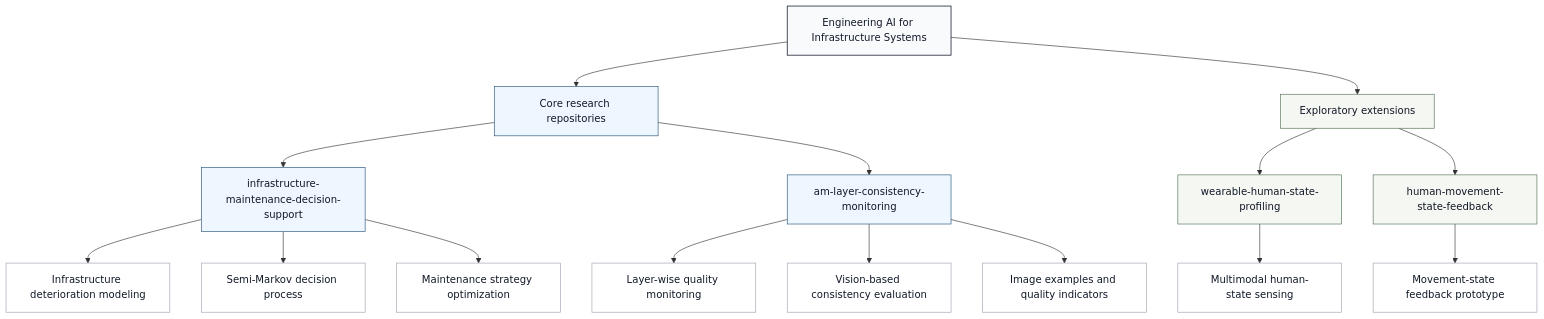
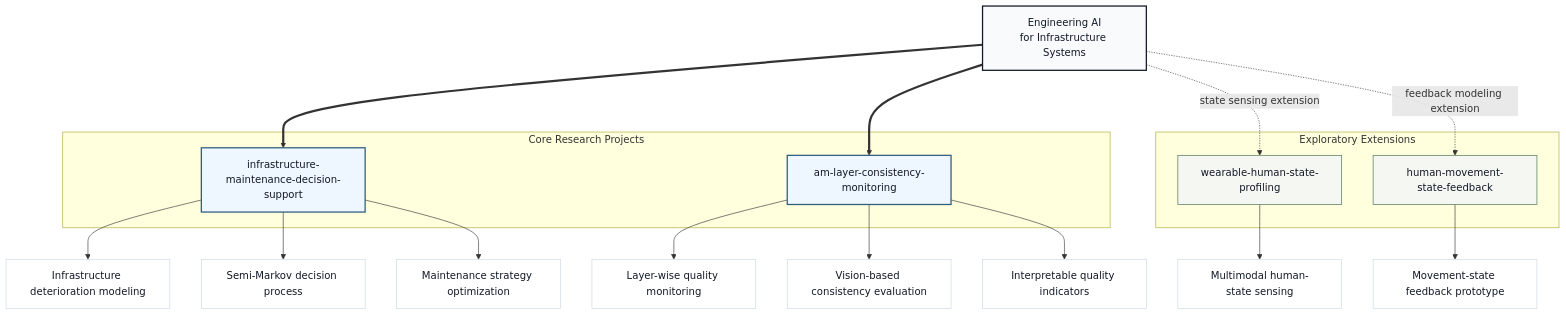
Before and after one commit to liujiaresearcher-hash/liujiaresearcher-hash: the second of 2 diagrams in README.md, drawn with Mermaid. The commit also changed other lines of this file, not shown here.

Commit message:
Polish GitHub profile for PhD research presentation

````diff
--- a/README.md
+++ b/README.md
@@ -52,42 +79,40 @@
 ```mermaid
-flowchart TD
-    Theme["Engineering AI for Infrastructure Systems"]
+flowchart TB
+    Theme["Engineering AI<br/>for Infrastructure Systems"]
 
-    Core["Core research repositories"]
-    Exploratory["Exploratory extensions"]
+    subgraph Core["Core Research Projects"]
+        IMDS["infrastructure-maintenance-decision-support"]
+        AM["am-layer-consistency-monitoring"]
+    end
 
-    IMDS["infrastructure-maintenance-decision-support"]
-    AM["am-layer-consistency-monitoring"]
-    WHSP["wearable-human-state-profiling"]
-    HMSF["human-movement-state-feedback"]
+    subgraph Extension["Exploratory Extensions"]
+        WHSP["wearable-human-state-profiling"]
+        HMSF["human-movement-state-feedback"]
+    end
 
-    Theme --> Core
-    Theme --> Exploratory
-
-    Core --> IMDS
-    Core --> AM
-
-    Exploratory --> WHSP
-    Exploratory --> HMSF
+    Theme ==> IMDS
+    Theme ==> AM
+    Theme -. "state sensing extension" .-> WHSP
+    Theme -. "feedback modeling extension" .-> HMSF
 
     IMDS --> I1["Infrastructure deterioration modeling"]
     IMDS --> I2["Semi-Markov decision process"]
     IMDS --> I3["Maintenance strategy optimization"]
 
     AM --> A1["Layer-wise quality monitoring"]
     AM --> A2["Vision-based consistency evaluation"]
-    AM --> A3["Image examples and quality indicators"]
+    AM --> A3["Interpretable quality indicators"]
 
     WHSP --> W1["Multimodal human-state sensing"]
     HMSF --> H1["Movement-state feedback prototype"]
 
-    classDef theme fill:#f8fafc,stroke:#111827,stroke-width:1.2px,color:#111827;
-    classDef core fill:#eef6ff,stroke:#24527a,stroke-width:1px,color:#111827;
-    classDef exploratory fill:#f5f7f2,stroke:#4f6f52,stroke-width:1px,color:#111827;
-    classDef detail fill:#ffffff,stroke:#9ca3af,stroke-width:1px,color:#111827;
+    classDef theme fill:#F8FAFC,stroke:#111827,stroke-width:2px,color:#111827;
+    classDef core fill:#EEF6FF,stroke:#2F5D7C,stroke-width:2px,color:#111827;
+    classDef extension fill:#F5F7F2,stroke:#5F7F65,stroke-width:1.2px,color:#111827;
+    classDef detail fill:#FFFFFF,stroke:#CBD5E1,stroke-width:1px,color:#111827;
 
     class Theme theme;
-    class Core,IMDS,AM core;
-    class Exploratory,WHSP,HMSF exploratory;
+    class IMDS,AM core;
+    class WHSP,HMSF extension;
     class I1,I2,I3,A1,A2,A3,W1,H1 detail;
 ```
````
